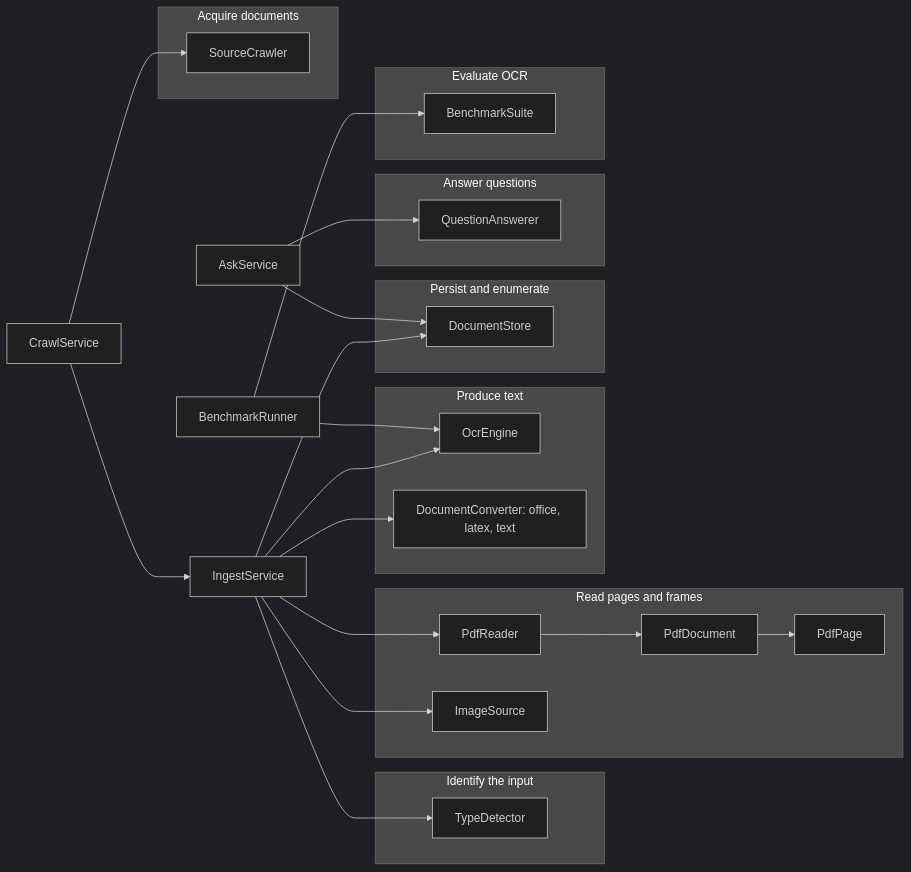
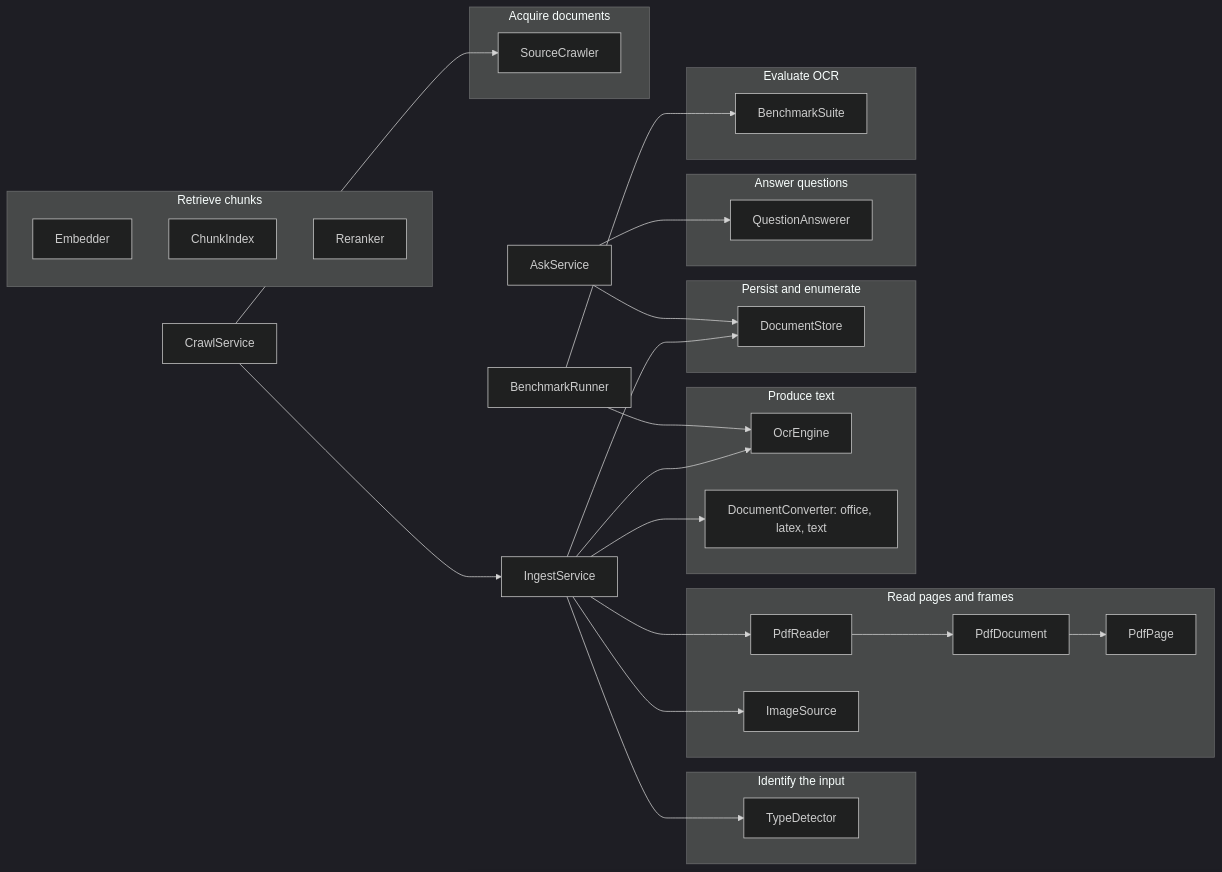
The first of 3 diagrams in packages/docingest/src/docingest/ports/README.md (etxsA/doc-ingest), drawn with Mermaid (dark theme) before and after one commit. The commit also changed other lines of this file and 21 other files, not shown here.

First line of the commit message:
feat(ports): Embedder, ChunkIndex and Reranker with built-in none adapters

````diff
--- a/packages/docingest/src/docingest/ports/README.md
+++ b/packages/docingest/src/docingest/ports/README.md
@@ -26,38 +26,43 @@
 ```mermaid
 flowchart LR
     subgraph IDENT["Identify the input"]
         TD["TypeDetector"]
     end
     subgraph READ["Read pages and frames"]
         PR["PdfReader"] --> PD["PdfDocument"] --> PP["PdfPage"]
         IS["ImageSource"]
     end
     subgraph TEXT["Produce text"]
         OE["OcrEngine"]
         DC["DocumentConverter: office, latex, text"]
     end
     subgraph KEEP["Persist and enumerate"]
         DS["DocumentStore"]
     end
     subgraph FETCH["Acquire documents"]
         SC["SourceCrawler"]
     end
     subgraph QA["Answer questions"]
         QQ["QuestionAnswerer"]
     end
+    subgraph RETRIEVE["Retrieve chunks"]
+        EM["Embedder"]
+        CI["ChunkIndex"]
+        RR["Reranker"]
+    end
     subgraph EVAL["Evaluate OCR"]
         BS["BenchmarkSuite"]
     end
     ING["IngestService"] --> TD
     ING --> PR
     ING --> IS
     ING --> OE
     ING --> DC
     ING --> DS
     CRAWL["CrawlService"] --> SC
     CRAWL --> ING
     ASK["AskService"] --> DS
     ASK --> QQ
     BENCH["BenchmarkRunner"] --> BS
     BENCH --> OE
 ```
````
